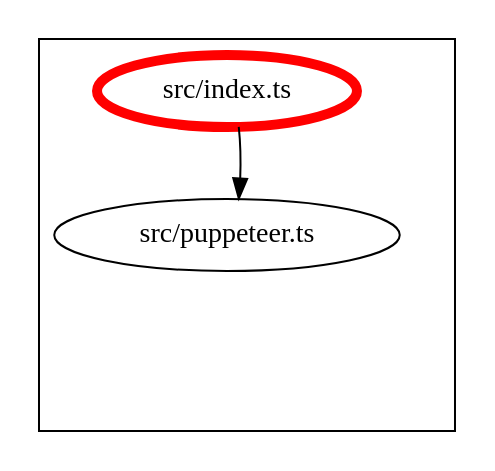
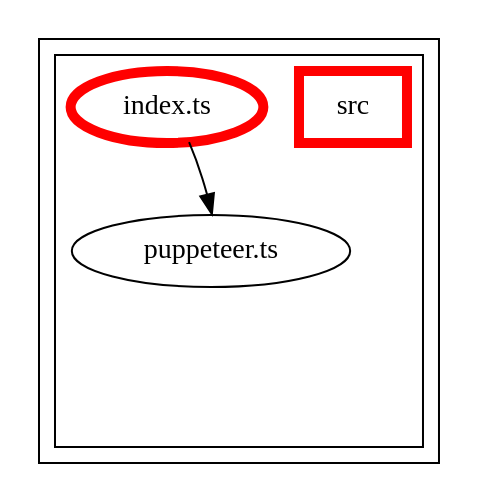
The diagram in packages/alfa-puppeteer/docs/dependency-graph.dot (Siteimprove/alfa-integrations), drawn with Graphviz before and after one commit. The commit also changed 53 other files, not shown here.

Commit message:
Update dependency graphs

```diff
--- a/packages/alfa-puppeteer/docs/dependency-graph.dot
+++ b/packages/alfa-puppeteer/docs/dependency-graph.dot
@@ -1,32 +1,51 @@
 digraph "dependency-graph-@siteimprove/alfa-puppeteer" {
   compound = true;
   "src/puppeteer.ts";
   subgraph "cluster_src" {
     color = "#000000";
     label = "";
-    "src/puppeteer.ts" [
-      label = "src/puppeteer.ts";
-    ];
     "exit_src" [
       style = "invis";
     ];
-    "src/index.ts" [
-      label = "src/index.ts";
-      color = "#ff0000";
-      penwidth = 5;
-    ];
-    "src/puppeteer.ts" -> "exit_src" [
+    subgraph "cluster_src" {
+      color = "#000000";
+      label = "";
+      "name_src" [
+        penwidth = 5;
+        shape = "rectangle";
+        color = "#ff0000";
+        label = "src";
+      ];
+      "exit_src" [
+        style = "invis";
+      ];
+      "src/puppeteer.ts" [
+        label = "puppeteer.ts";
+      ];
+      "src/index.ts" [
+        label = "index.ts";
+        color = "#ff0000";
+        penwidth = 5;
+      ];
+      "src/puppeteer.ts" -> "exit_src" [
+        style = "invis";
+      ];
+      "src/index.ts" -> "exit_src" [
+        style = "invis";
+      ];
+    }
+    "exit_src" -> "exit_src" [
       style = "invis";
     ];
-    "src/index.ts" -> "exit_src" [
+    "exit_src" -> "exit_src" [
       style = "invis";
     ];
   }
   "src/index.ts" -> "src/puppeteer.ts" [
     style = "invis";
   ];
   "src/index.ts" -> "src/puppeteer.ts" [
     style = "solid";
     color = "black";
   ];
 }
```
